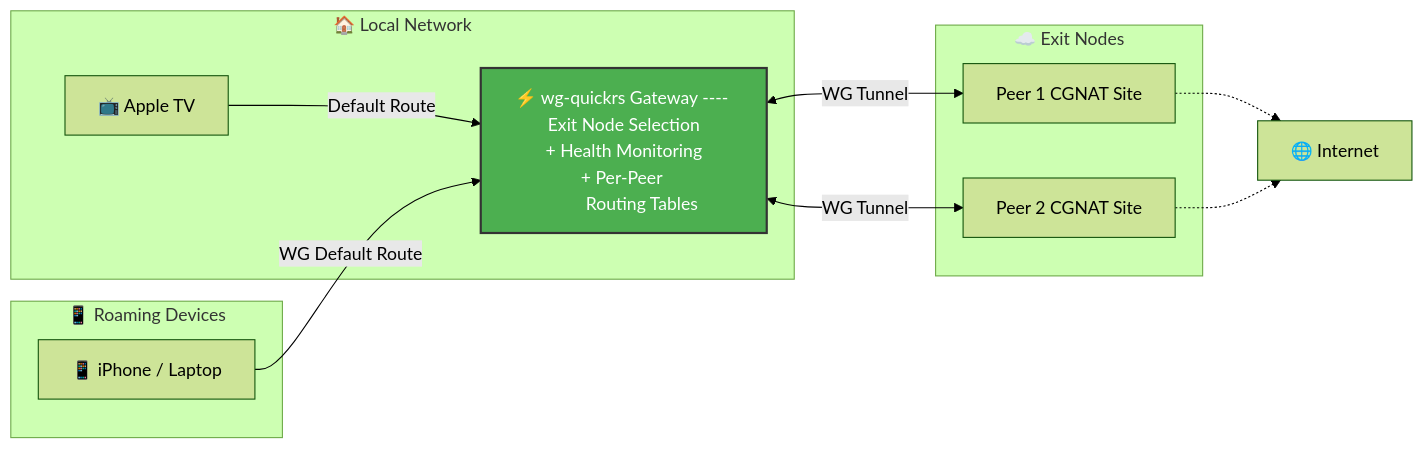
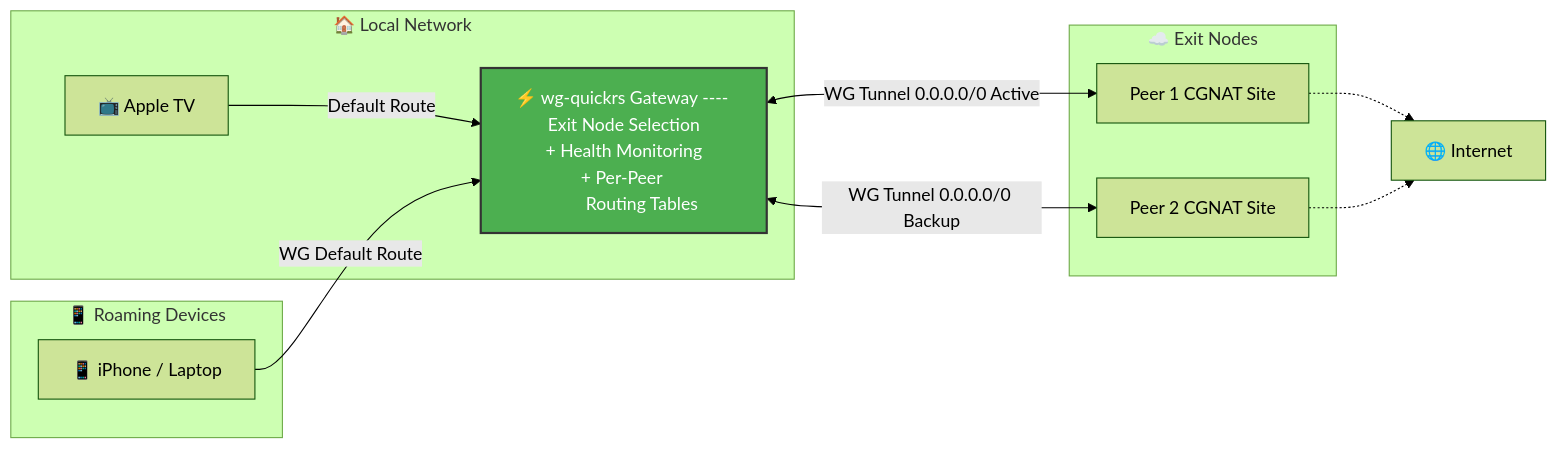
The diagram in README.md (grizzy255/wg-quickrs-router), drawn with Mermaid (forest theme) before and after one commit.

Commit message:
fix: Remove HTML tags from mermaid diagram for GitHub compatibility

````diff
--- a/README.md
+++ b/README.md
@@ -35,30 +35,30 @@
 ```mermaid
 flowchart LR
     subgraph LAN ["🏠 Local Network"]
         ATV["📺 Apple TV"]
         Gateway["⚡ wg-quickrs Gateway ---- Exit Node Selection\n+ Health Monitoring\n+ Per-Peer 
         Routing Tables"]
     end
 
     subgraph Roaming ["📱 Roaming Devices"]
         iPhone["📱 iPhone / Laptop"]
     end
 
     subgraph Remote ["☁️ Exit Nodes"]
         Remote1["Peer 1 CGNAT Site"]
         Remote2["Peer 2 CGNAT Site"]
     end
 
     World["🌐 Internet"]
 
     ATV -->|Default Route| Gateway
     iPhone -->|WG Default Route| Gateway
     
-    Gateway <-->|WG Tunnel| Remote1
-    Gateway <-->|WG Tunnel| Remote2
+    Gateway <-->|WG Tunnel 0.0.0.0/0 Active| Remote1
+    Gateway <-->|WG Tunnel 0.0.0.0/0 Backup| Remote2
     
     Remote1 -.-> World
     Remote2 -.-> World
 
     style Gateway fill:#4CAF50,stroke:#333,stroke-width:2px,color:#fff
 ```
````
